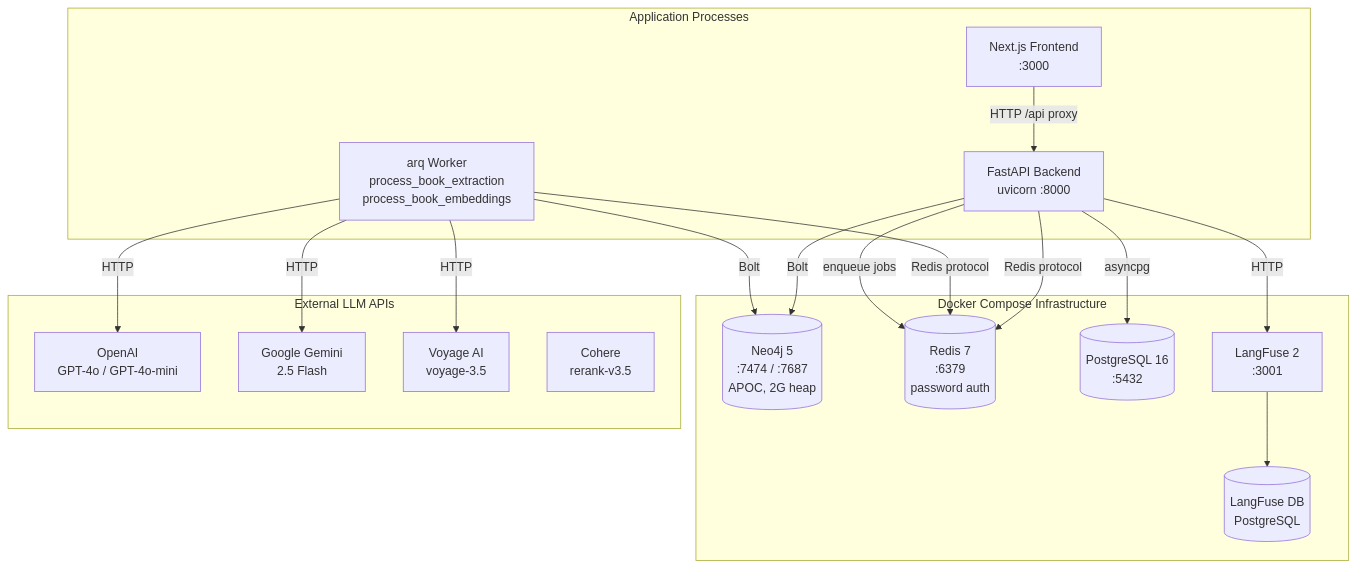
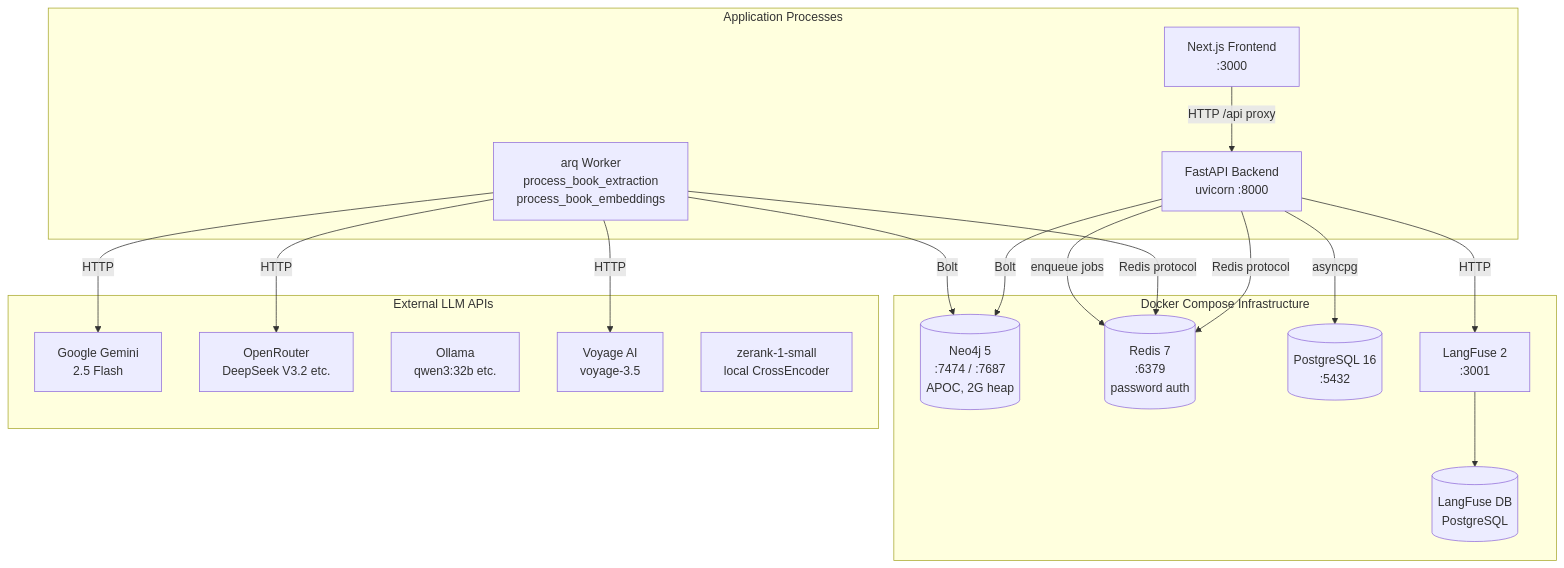
One commit to xairon/WorldRAG changed the second of 7 diagrams in docs/architecture.md. Above: the diagram before and after it, drawn with Mermaid. The commit also changed other lines of this file and 59 other files, not shown here.

````diff
--- a/docs/architecture.md
+++ b/docs/architecture.md
@@ -36,38 +36,39 @@
 ```mermaid
 graph TB
     subgraph "Docker Compose Infrastructure"
         Neo4j[(Neo4j 5<br/>:7474 / :7687<br/>APOC, 2G heap)]
         Redis[(Redis 7<br/>:6379<br/>password auth)]
         PG[(PostgreSQL 16<br/>:5432)]
         LangFuse[LangFuse 2<br/>:3001]
         LangFuseDB[(LangFuse DB<br/>PostgreSQL)]
         LangFuse --> LangFuseDB
     end
 
     subgraph "Application Processes"
         Backend[FastAPI Backend<br/>uvicorn :8000]
         Worker[arq Worker<br/>process_book_extraction<br/>process_book_embeddings]
         Frontend[Next.js Frontend<br/>:3000]
     end
 
     subgraph "External LLM APIs"
-        OpenAI[OpenAI<br/>GPT-4o / GPT-4o-mini]
         Gemini[Google Gemini<br/>2.5 Flash]
+        OpenRouter[OpenRouter<br/>DeepSeek V3.2 etc.]
+        Ollama[Ollama<br/>qwen3:32b etc.]
         Voyage[Voyage AI<br/>voyage-3.5]
-        Cohere[Cohere<br/>rerank-v3.5]
+        Reranker[zerank-1-small<br/>local CrossEncoder]
     end
 
     Frontend -->|HTTP /api proxy| Backend
     Backend -->|Bolt| Neo4j
     Backend -->|Redis protocol| Redis
     Backend -->|asyncpg| PG
     Backend -->|HTTP| LangFuse
 
     Worker -->|Bolt| Neo4j
     Worker -->|Redis protocol| Redis
-    Worker -->|HTTP| OpenAI
     Worker -->|HTTP| Gemini
+    Worker -->|HTTP| OpenRouter
     Worker -->|HTTP| Voyage
 
     Backend -->|enqueue jobs| Redis
 ```
````
